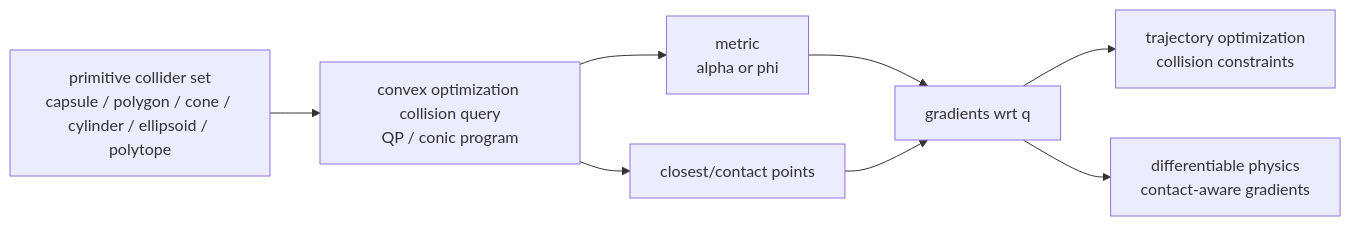
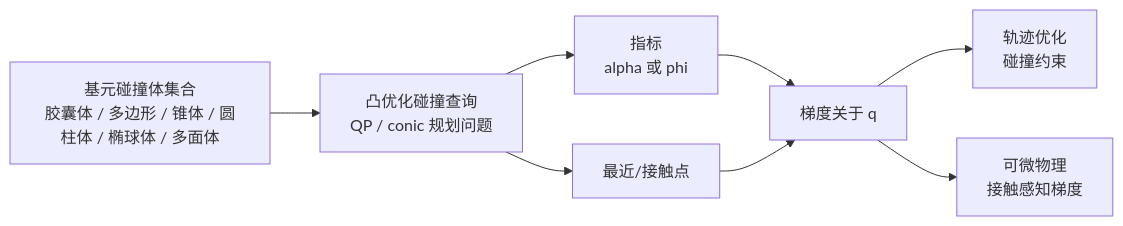
Before and after one commit to niuverse/llm-wiki: the diagram in wiki/concepts/DifferentiableCollisionDetection.md, drawn with Mermaid. The commit also changed other lines of this file and 123 other files, not shown here.

````diff
--- a/wiki/concepts/DifferentiableCollisionDetection.md
+++ b/wiki/concepts/DifferentiableCollisionDetection.md
@@ -51,10 +51,10 @@
 ```mermaid
 flowchart LR
-  A["primitive collider set<br/>capsule / polygon / cone / cylinder / ellipsoid / polytope"] --> B["convex optimization collision query<br/>QP / conic program"]
-  B --> C["metric<br/>alpha or phi"]
-  B --> D["closest/contact points"]
-  C --> E["gradients wrt q"]
+  A["基元碰撞体集合<br/>胶囊体 / 多边形 / 锥体 / 圆柱体 / 椭球体 / 多面体"] --> B["凸优化碰撞查询<br/>QP / conic 规划问题"]
+  B --> C["指标<br/>alpha 或 phi"]
+  B --> D["最近/接触点"]
+  C --> E["梯度关于 q"]
   D --> E
-  E --> F["trajectory optimization<br/>collision constraints"]
-  E --> G["differentiable physics<br/>contact-aware gradients"]
+  E --> F["轨迹优化<br/>碰撞约束"]
+  E --> G["可微物理<br/>接触感知梯度"]
 ```
````
